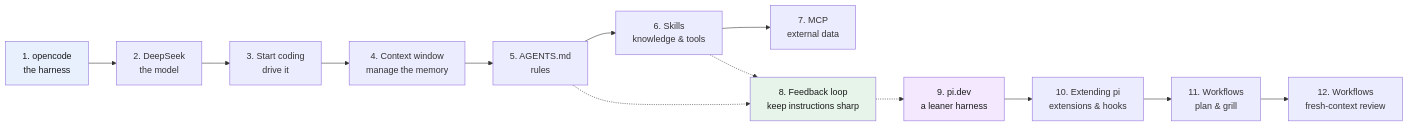
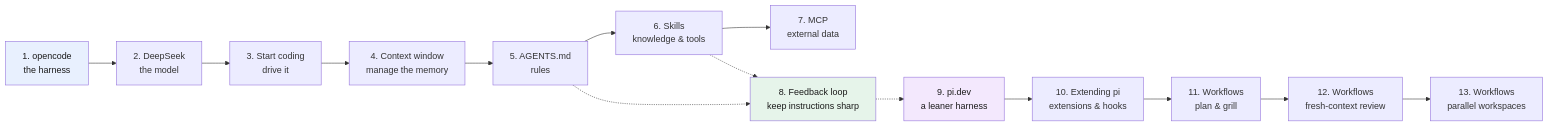
One commit to ethaizone/ai-training-for-software-developer changed the diagram in README.md. Above: the diagram before and after it, drawn with Mermaid. The commit also changed other lines of this file and 6 other files, not shown here.

First line of the commit message:
Add Part 13: parallel workspaces

````diff
--- a/README.md
+++ b/README.md
@@ -22,18 +22,19 @@
 ```mermaid
 flowchart LR
     A["1. opencode<br/>the harness"] --> B["2. DeepSeek<br/>the model"]
     B --> C["3. Start coding<br/>drive it"]
     C --> CW["4. Context window<br/>manage the memory"]
     CW --> D["5. AGENTS.md<br/>rules"]
     D --> E["6. Skills<br/>knowledge & tools"]
     E --> F["7. MCP<br/>external data"]
     D -.-> G["8. Feedback loop<br/>keep instructions sharp"]
     E -.-> G
     G -.-> H["9. pi.dev<br/>a leaner harness"]
     H --> I["10. Extending pi<br/>extensions & hooks"]
     I --> J["11. Workflows<br/>plan & grill"]
     J --> K["12. Workflows<br/>fresh-context review"]
+    K --> L["13. Workflows<br/>parallel workspaces"]
     style A fill:#e8f0fe,color:#1a1a1a
     style G fill:#e6f4ea,color:#1a1a1a
     style H fill:#f3e8fd,color:#1a1a1a
 ```
````
